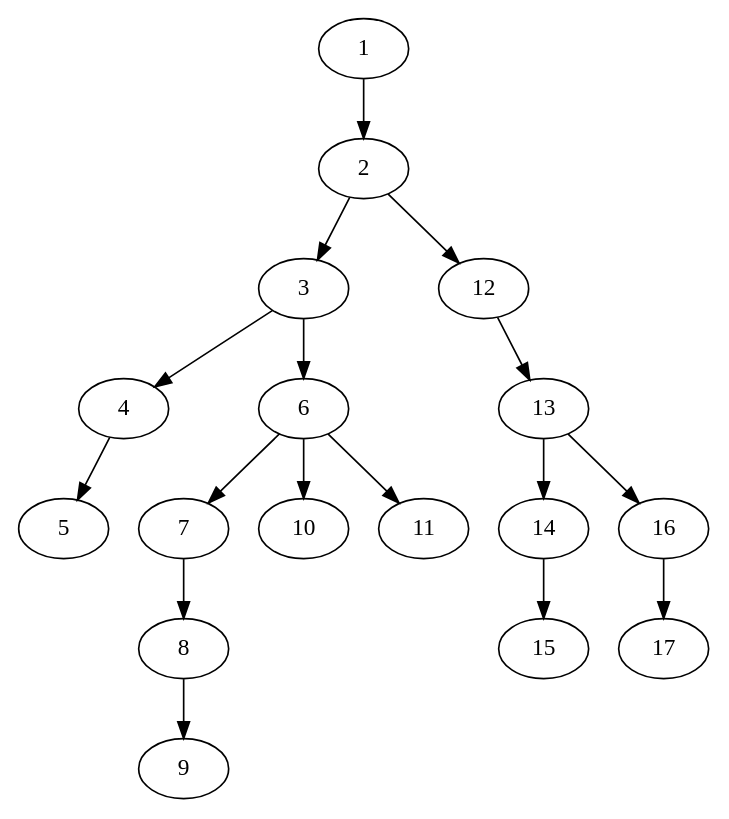
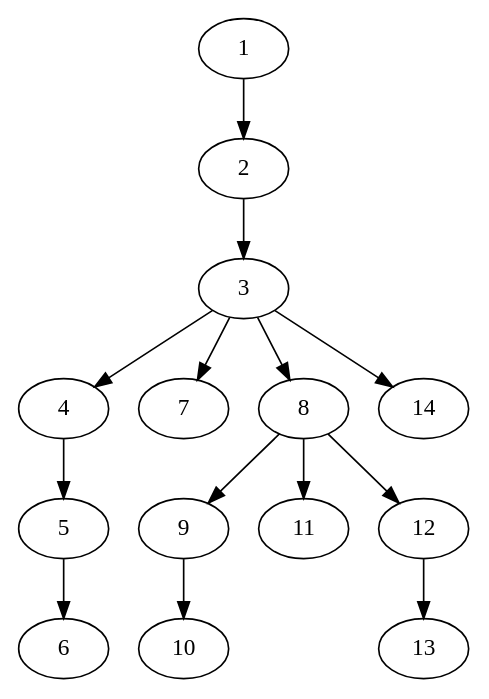
The diagram in caspian/src/ast_stuff.dot (Ajax12345/caspian-lang), drawn with Graphviz before and after one commit. The commit also changed 2 other files, not shown here.

```diff
--- a/caspian/src/ast_stuff.dot
+++ b/caspian/src/ast_stuff.dot
@@ -1,18 +1,15 @@
 strict digraph "" {
 	1 -> 2;
 	2 -> 3;
-	2 -> 12;
 	3 -> 4;
-	3 -> 6;
+	3 -> 7;
+	3 -> 8;
+	3 -> 14;
 	4 -> 5;
-	6 -> 7;
-	6 -> 10;
-	6 -> 11;
-	7 -> 8;
+	5 -> 6;
 	8 -> 9;
+	8 -> 11;
+	8 -> 12;
+	9 -> 10;
 	12 -> 13;
-	13 -> 14;
-	13 -> 16;
-	14 -> 15;
-	16 -> 17;
 }
```
